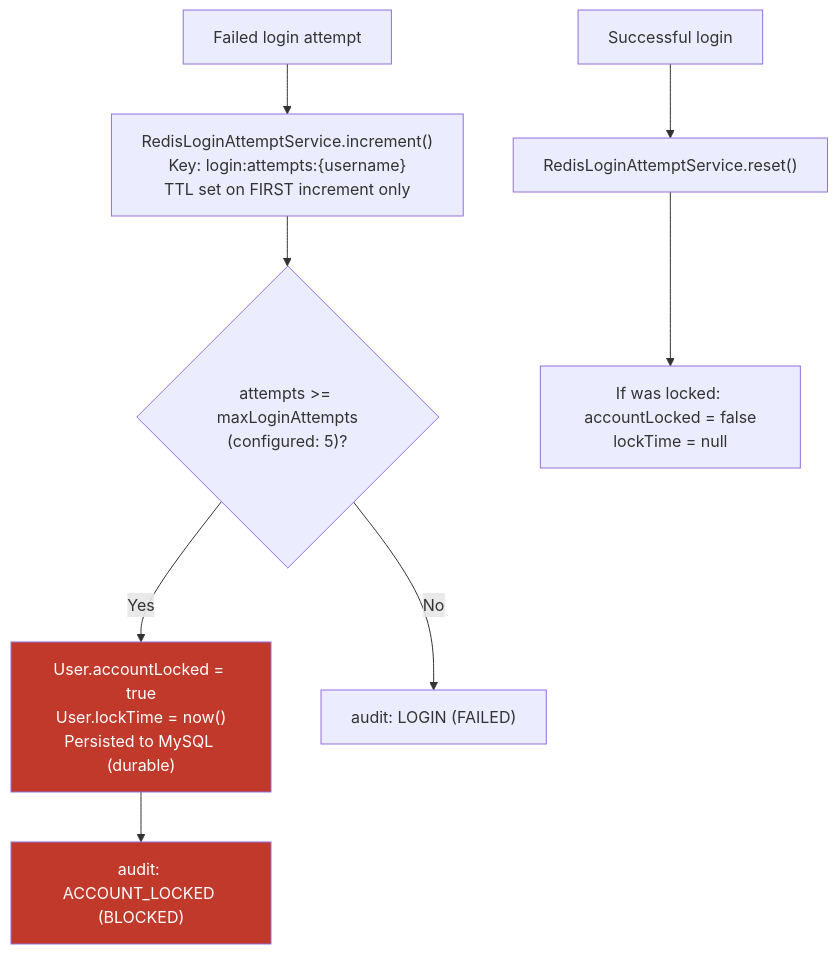
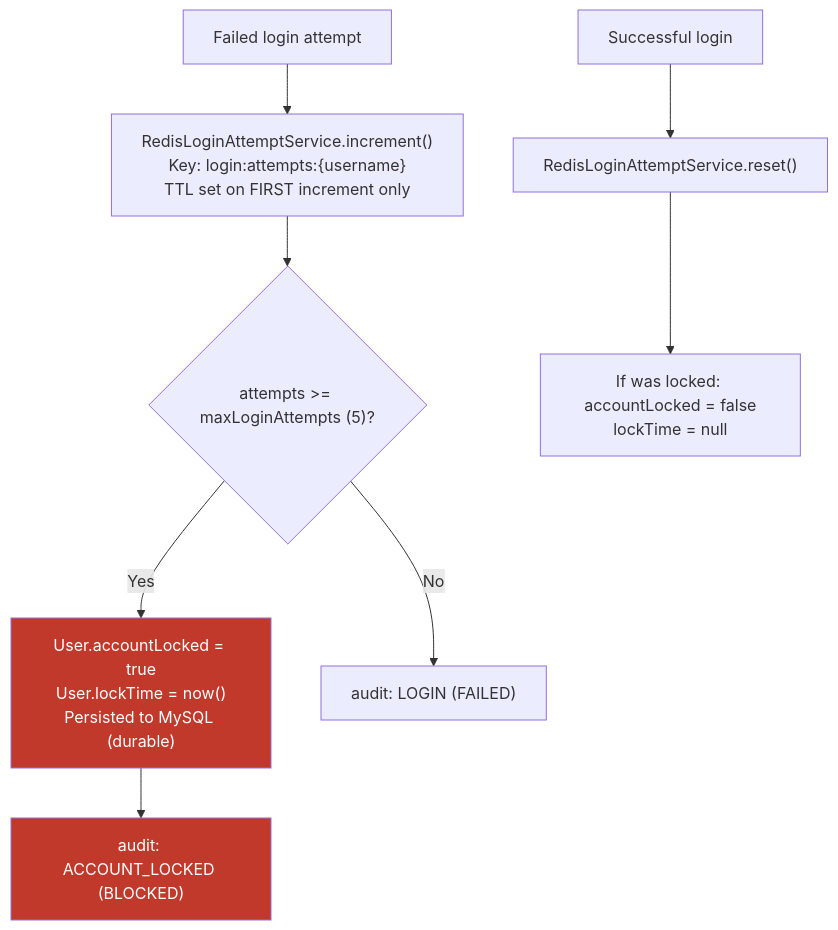
Before and after one commit to amarenderreddyvoladri/production-prototype-security-template: the fifth of 13 diagrams in README.md, drawn with Mermaid. The commit also changed other lines of this file, not shown here.

Commit message:
docs: update README with comprehensive system architecture, security hardening details, and 9-phase roadmap

````diff
--- a/README.md
+++ b/README.md
@@ -182,14 +201,14 @@
 ```mermaid
 flowchart TD
     A["Failed login attempt"] --> B["RedisLoginAttemptService.increment()<br/>Key: login:attempts:{username}<br/>TTL set on FIRST increment only"]
-    B --> C{"attempts >= maxLoginAttempts<br/>(configured: 5)?"}
+    B --> C{"attempts >= maxLoginAttempts (5)?"}
     C -->|Yes| D["User.accountLocked = true<br/>User.lockTime = now()<br/>Persisted to MySQL (durable)"]
     D --> E["audit: ACCOUNT_LOCKED (BLOCKED)"]
     C -->|No| F["audit: LOGIN (FAILED)"]
 
     G["Successful login"] --> H["RedisLoginAttemptService.reset()"]
     H --> I["If was locked: accountLocked = false<br/>lockTime = null"]
 
     style D fill:#C0392B,color:#fff
     style E fill:#C0392B,color:#fff
 ```
````
